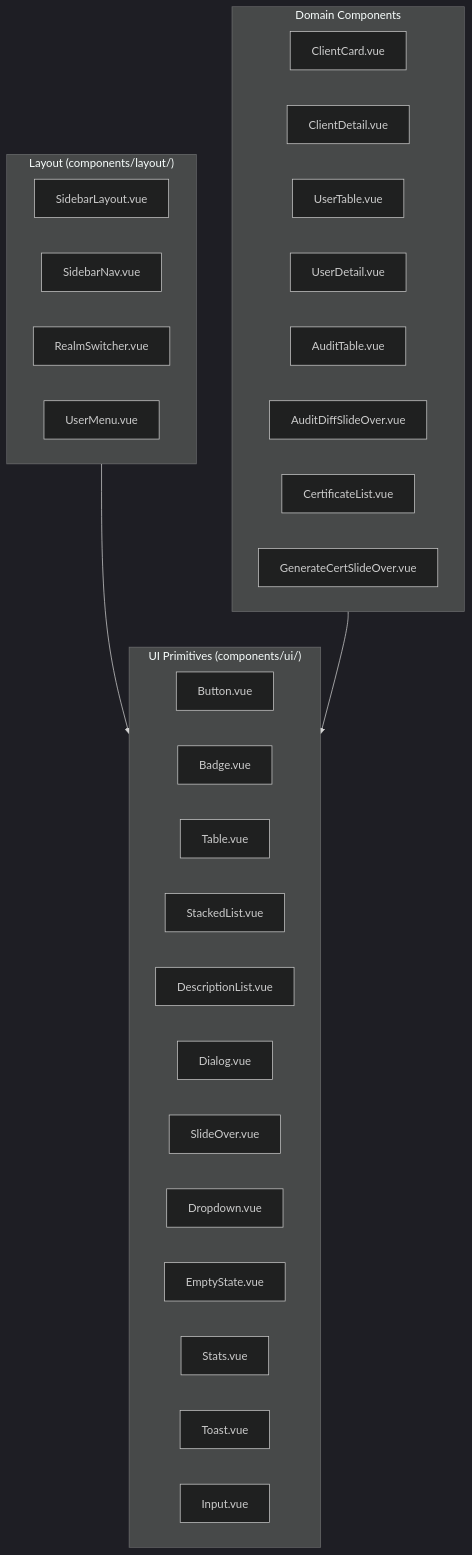
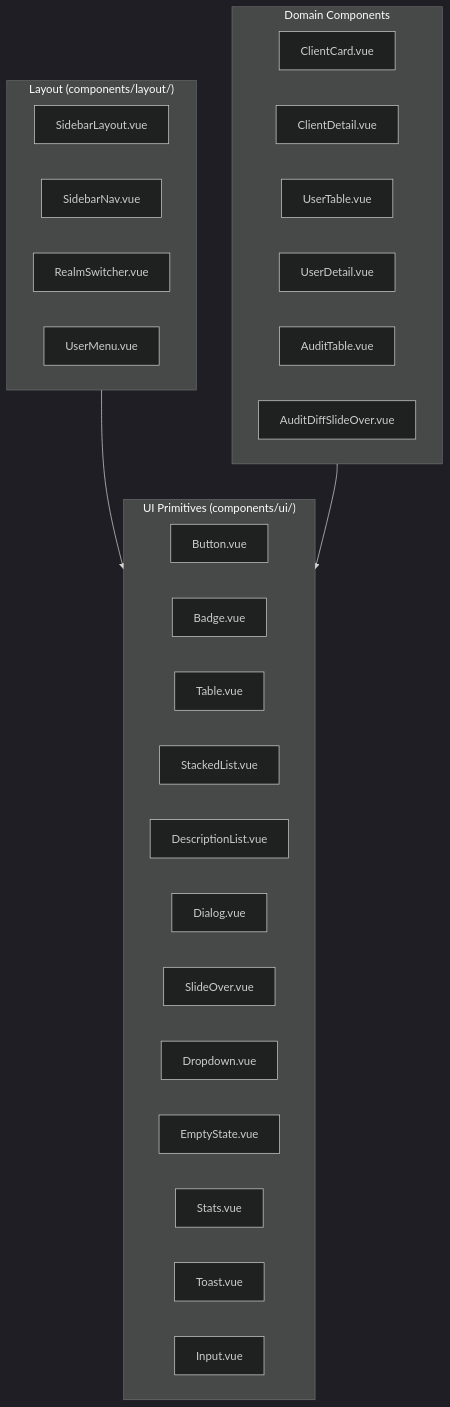
The third of 5 diagrams in docs/superpowers/specs/2026-04-02-frontend-redesign-design.md (ravencloak-org/ravencloak), drawn with Mermaid (dark theme) before and after one commit. The commit also changed other lines of this file and 112 other files, not shown here.

````diff
--- a/docs/superpowers/specs/2026-04-02-frontend-redesign-design.md
+++ b/docs/superpowers/specs/2026-04-02-frontend-redesign-design.md
@@ -84,38 +83,36 @@
 ```mermaid
 graph TD
     subgraph Primitives["UI Primitives (components/ui/)"]
         BTN[Button.vue]
         BDG[Badge.vue]
         TBL[Table.vue]
         SL[StackedList.vue]
         DL[DescriptionList.vue]
         DLG[Dialog.vue]
         SO[SlideOver.vue]
         DD[Dropdown.vue]
         ES[EmptyState.vue]
         ST[Stats.vue]
         TST[Toast.vue]
         INP[Input.vue]
     end
 
     subgraph Layout["Layout (components/layout/)"]
         SBL[SidebarLayout.vue]
         SBN[SidebarNav.vue]
         RSW[RealmSwitcher.vue]
         UMN[UserMenu.vue]
     end
 
     subgraph Domain["Domain Components"]
         CC[ClientCard.vue]
         CD[ClientDetail.vue]
         UT[UserTable.vue]
         UD[UserDetail.vue]
         AT[AuditTable.vue]
         AD[AuditDiffSlideOver.vue]
-        CL[CertificateList.vue]
-        GC[GenerateCertSlideOver.vue]
     end
 
     Layout --> Primitives
     Domain --> Primitives
 ```
````
